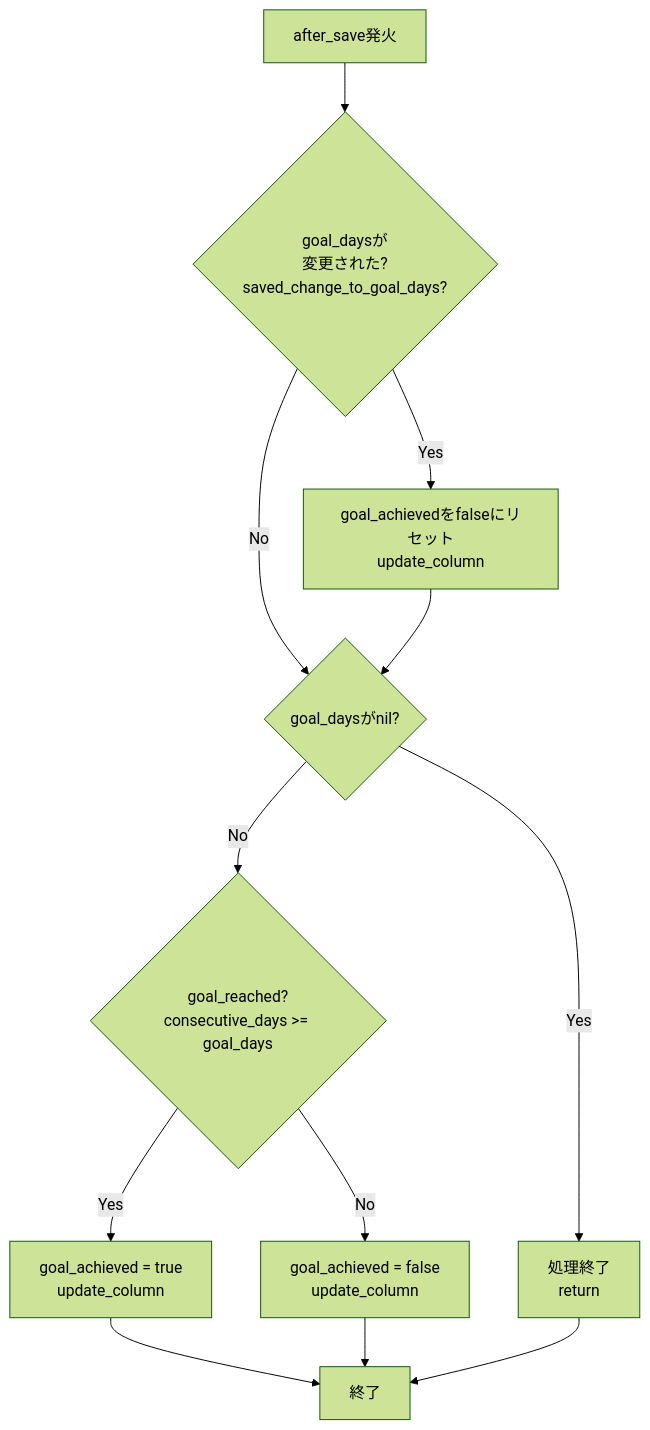
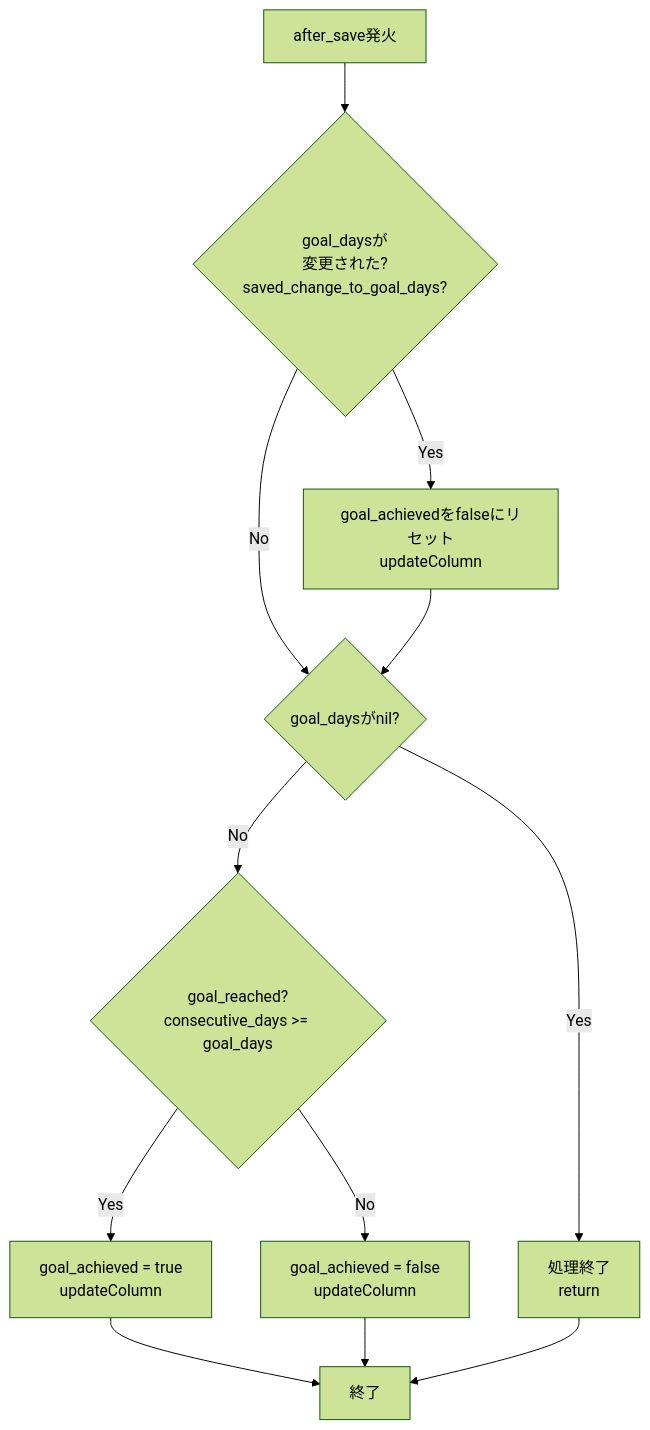
The diagram in docs/check_and_update_goal_achievement.md (kamiyuu0/anti_habits), drawn with Mermaid (forest theme) before and after one commit. The commit also changed other lines of this file and 397 other files, not shown here.

````diff
--- a/docs/check_and_update_goal_achievement.md
+++ b/docs/check_and_update_goal_achievement.md
@@ -7,19 +7,19 @@
 ```mermaid
 flowchart TD
     A[after_save発火] --> B{goal_daysが<br>変更された?<br>saved_change_to_goal_days?}
 
-    B -- Yes --> C[goal_achievedをfalseにリセット<br>update_column]
+    B -- Yes --> C[goal_achievedをfalseにリセット<br>updateColumn]
     B -- No --> D{goal_daysがnil?}
 
     C --> D
 
     D -- Yes --> E[処理終了<br>return]
     D -- No --> F{goal_reached?<br>consecutive_days >= goal_days}
 
-    F -- Yes --> G[goal_achieved = true<br>update_column]
-    F -- No --> H[goal_achieved = false<br>update_column]
+    F -- Yes --> G[goal_achieved = true<br>updateColumn]
+    F -- No --> H[goal_achieved = false<br>updateColumn]
 
     G --> I[終了]
     H --> I
     E --> I
 ```
````
